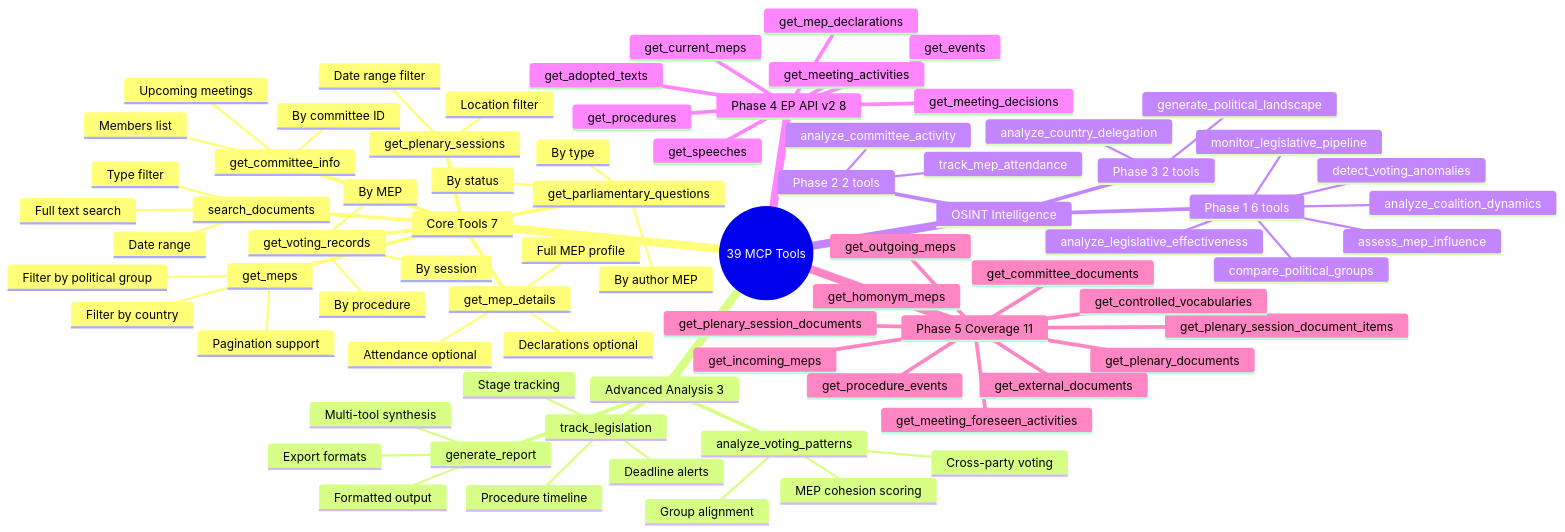
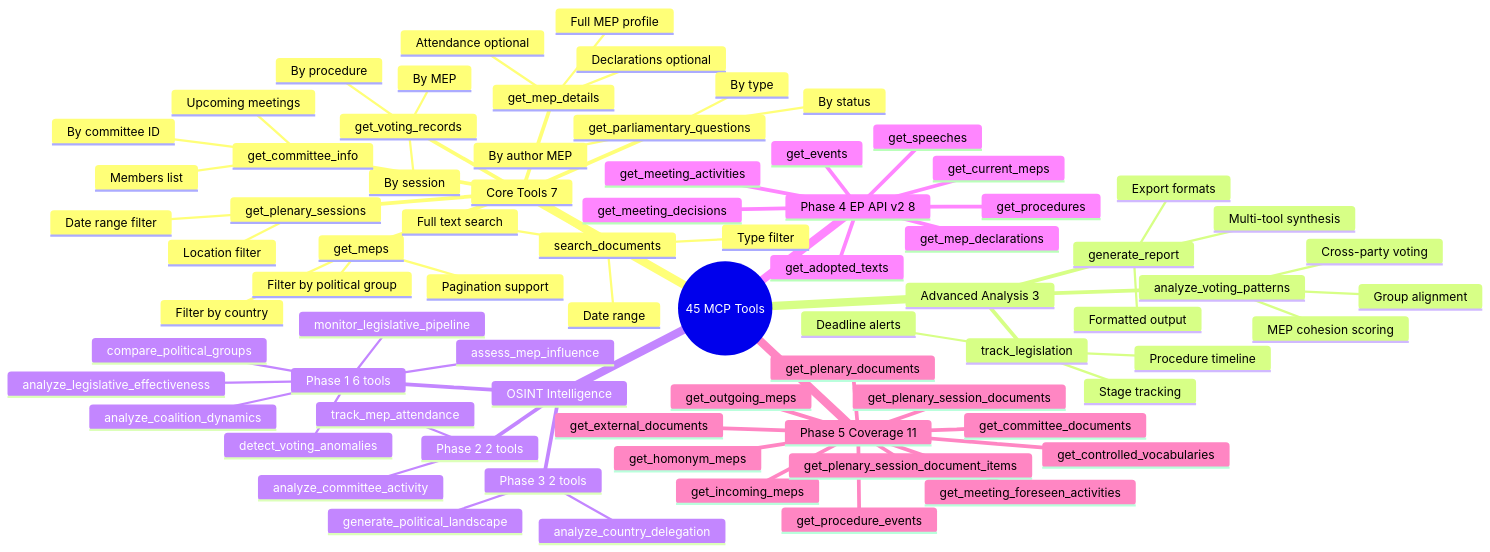
One commit to Hack23/European-Parliament-MCP-Server changed the third of 5 diagrams in MINDMAP.md. Above: the diagram before and after it, drawn with Mermaid. The commit also changed other lines of this file and 35 other files, not shown here.

````diff
--- a/MINDMAP.md
+++ b/MINDMAP.md
@@ -225,80 +225,80 @@
 ```mermaid
 mindmap
-  root((39 MCP Tools))
+  root((45 MCP Tools))
     Core Tools 7
       get_meps
         Filter by country
         Filter by political group
         Pagination support
       get_mep_details
         Full MEP profile
         Declarations optional
         Attendance optional
       get_plenary_sessions
         Date range filter
         Location filter
       get_voting_records
         By procedure
         By session
         By MEP
       search_documents
         Full text search
         Type filter
         Date range
       get_committee_info
         By committee ID
         Members list
         Upcoming meetings
       get_parliamentary_questions
         By author MEP
         By type
         By status
     Advanced Analysis 3
       analyze_voting_patterns
         MEP cohesion scoring
         Group alignment
         Cross-party voting
       track_legislation
         Procedure timeline
         Stage tracking
         Deadline alerts
       generate_report
         Multi-tool synthesis
         Formatted output
         Export formats
     OSINT Intelligence
       Phase 1 6 tools
         assess_mep_influence
         analyze_coalition_dynamics
         detect_voting_anomalies
         compare_political_groups
         analyze_legislative_effectiveness
         monitor_legislative_pipeline
       Phase 2 2 tools
         analyze_committee_activity
         track_mep_attendance
       Phase 3 2 tools
         analyze_country_delegation
         generate_political_landscape
     Phase 4 EP API v2 8
       get_current_meps
       get_speeches
       get_procedures
       get_adopted_texts
       get_events
       get_meeting_activities
       get_meeting_decisions
       get_mep_declarations
     Phase 5 Coverage 11
       get_incoming_meps
       get_outgoing_meps
       get_homonym_meps
       get_plenary_documents
       get_committee_documents
       get_plenary_session_documents
       get_plenary_session_document_items
       get_controlled_vocabularies
       get_external_documents
       get_meeting_foreseen_activities
       get_procedure_events
 ```
````
